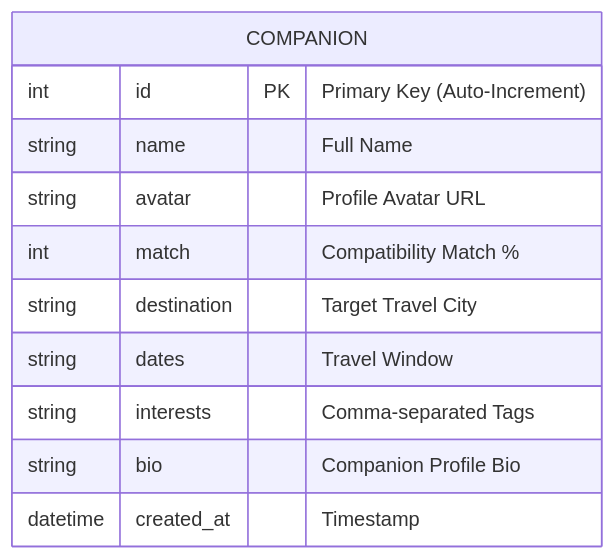
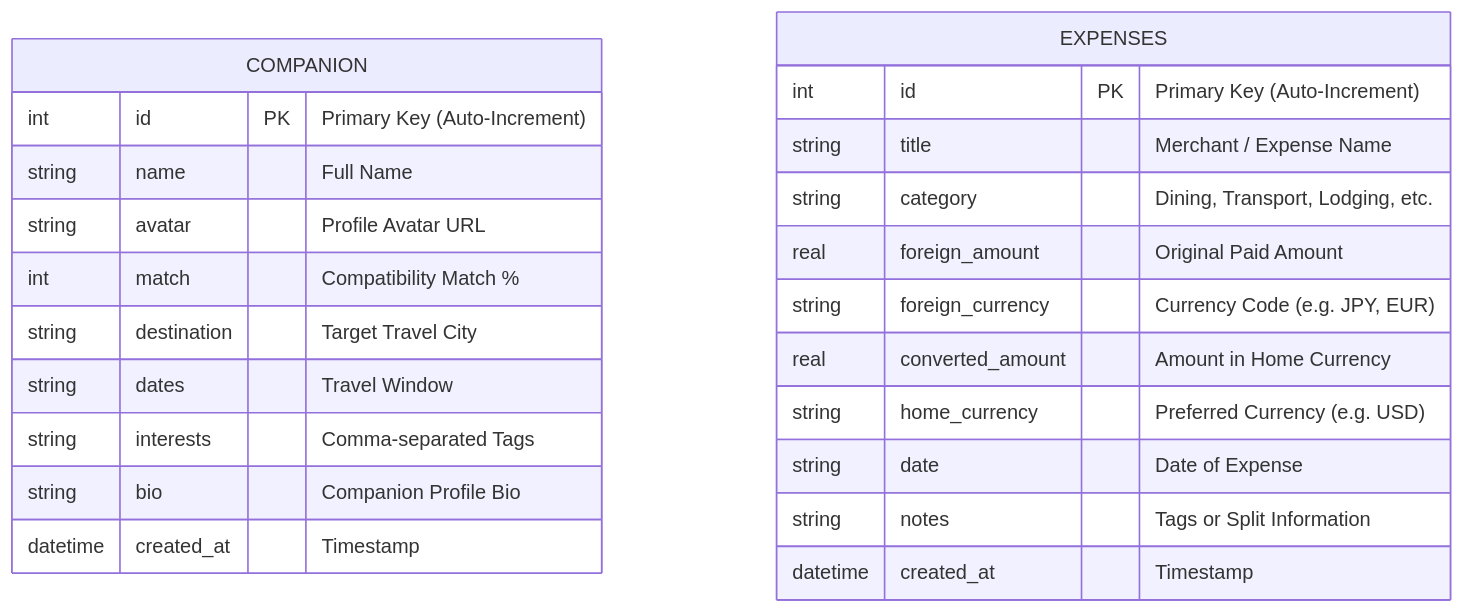
One commit to sandeep-kumar-270904/Travel-Companion-AI changed the second of 2 diagrams in README.md. Above: the diagram before and after it, drawn with Mermaid. The commit also changed other lines of this file and 17 other files, not shown here.

````diff
--- a/README.md
+++ b/README.md
@@ -66,14 +68,27 @@
 ```mermaid
 erDiagram
     COMPANION {
         int id PK "Primary Key (Auto-Increment)"
         string name "Full Name"
         string avatar "Profile Avatar URL"
         int match "Compatibility Match %"
         string destination "Target Travel City"
         string dates "Travel Window"
         string interests "Comma-separated Tags"
         string bio "Companion Profile Bio"
         datetime created_at "Timestamp"
     }
+
+    EXPENSES {
+        int id PK "Primary Key (Auto-Increment)"
+        string title "Merchant / Expense Name"
+        string category "Dining, Transport, Lodging, etc."
+        real foreign_amount "Original Paid Amount"
+        string foreign_currency "Currency Code (e.g. JPY, EUR)"
+        real converted_amount "Amount in Home Currency"
+        string home_currency "Preferred Currency (e.g. USD)"
+        string date "Date of Expense"
+        string notes "Tags or Split Information"
+        datetime created_at "Timestamp"
+    }
 ```
````
